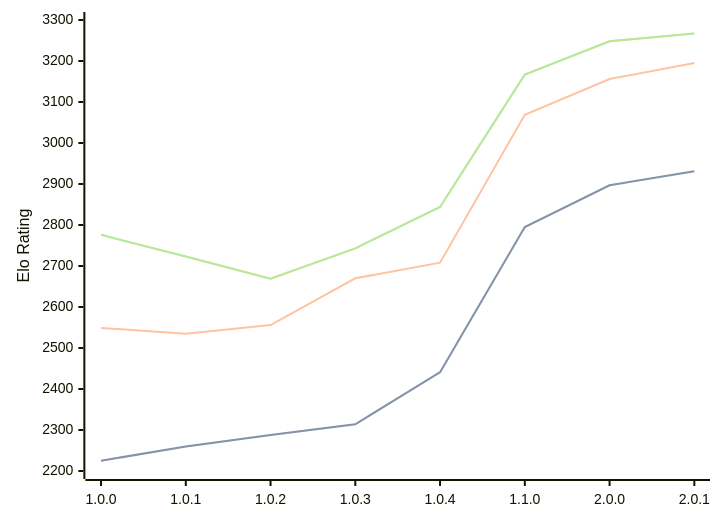
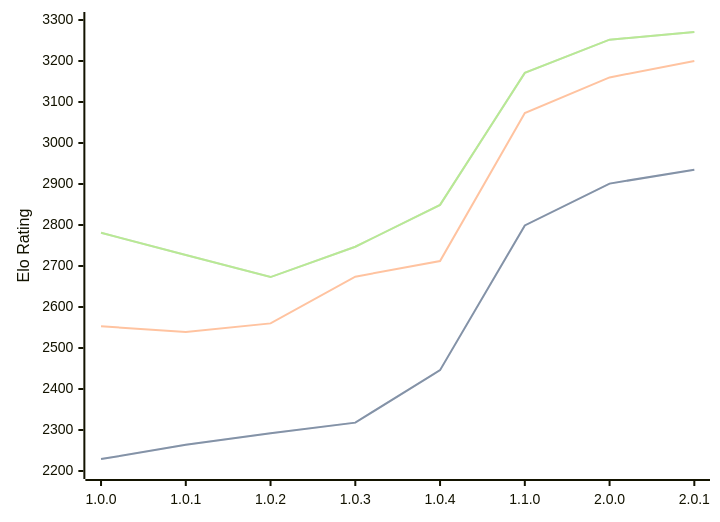
One commit to computer-chess-index/cci changed the diagram in engines/Grail.md. Above: the diagram before and after it, drawn with Mermaid. The commit also changed other lines of this file, not shown here.

Commit message:
Update CCI Ratings (ELO VLTC) - 2026-08-18

````diff
--- a/engines/Grail.md
+++ b/engines/Grail.md
@@ -38,11 +38,11 @@
 ```mermaid
 %%{init: {"theme":"base","themeVariables":{"seriesColors:['#a3a3a3','#222221','#faa371']}}}%%
 xychart-beta
   x-axis ["1.0.0", "1.0.1", "1.0.2", "1.0.3", "1.0.4", "1.1.0", "2.0.0", "2.0.1"]
   y-axis "Elo Rating" 2200 --> 3300
-  line "STC (8.0+0.08s)" [2225, 2260, 2288, 2314, 2441, 2795, 2897, 2931]
-  line "STC (8.0+0.08s)" [2225, 2260, 2288, 2314, 2441, 2795, 2897, 2931]
-  line "LTC (60.0+0.60s)" [2549, 2535, 2556, 2670, 2708, 3069, 3156, 3195]
-  line "VLTC (2m24s+1.12s)" [2776, 2723, 2669, 2743, 2844, 3167, 3248, 3267]
-  line "VLTC (2m24s+1.12s)" [2776, 2723, 2669, 2743, 2844, 3167, 3248, 3267]
+  line "STC (8.0+0.08s)" [2229, 2264, 2292, 2318, 2446, 2799, 2901, 2935]
+  line "STC (8.0+0.08s)" [2229, 2264, 2292, 2318, 2446, 2799, 2901, 2935]
+  line "LTC (60.0+0.60s)" [2553, 2539, 2560, 2674, 2712, 3073, 3160, 3200]
+  line "VLTC (2m24s+1.12s)" [2781, 2727, 2673, 2747, 2849, 3171, 3252, 3271]
+  line "VLTC (2m24s+1.12s)" [2781, 2727, 2673, 2747, 2849, 3171, 3252, 3271]
 ```
````
